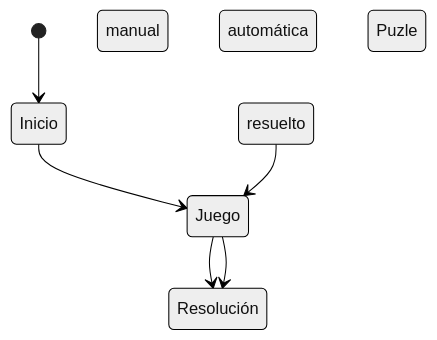
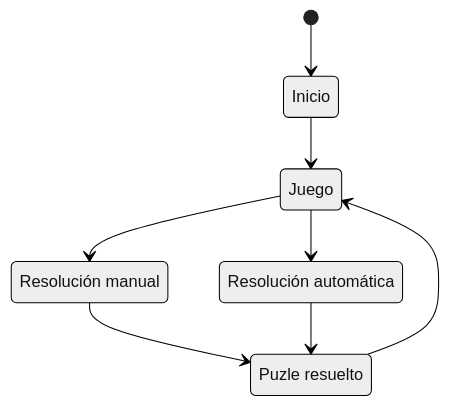
The first of 2 diagrams in README.md (Narratech/IAV00-G00-P0), drawn with Mermaid (neutral theme) before and after one commit. The commit also changed other lines of this file, not shown here.

````diff
--- a/README.md
+++ b/README.md
@@ -43,8 +43,13 @@
 ```mermaid
 stateDiagram
     [*] --> Inicio
     Inicio --> Juego
-    Juego --> Resolución manual
-    Juego --> Resolución automática
-    Puzle resuelto --> Juego
+    Juego --> Manual
+    Manual : Resolución manual
+    Juego --> Automatica 
+    Automatica : Resolución automática
+    Manual --> Resuelto
+    Automatica --> Resuelto
+    Resuelto --> Juego
+    Resuelto :Puzle resuelto 
 ```
````
